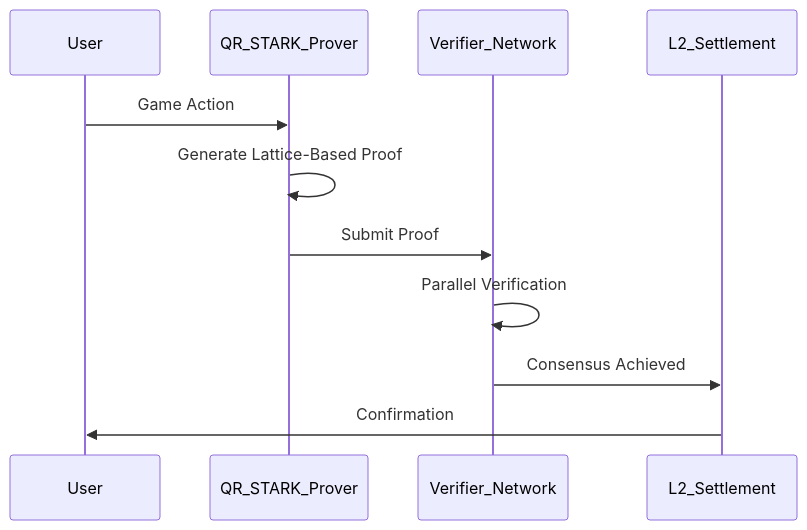
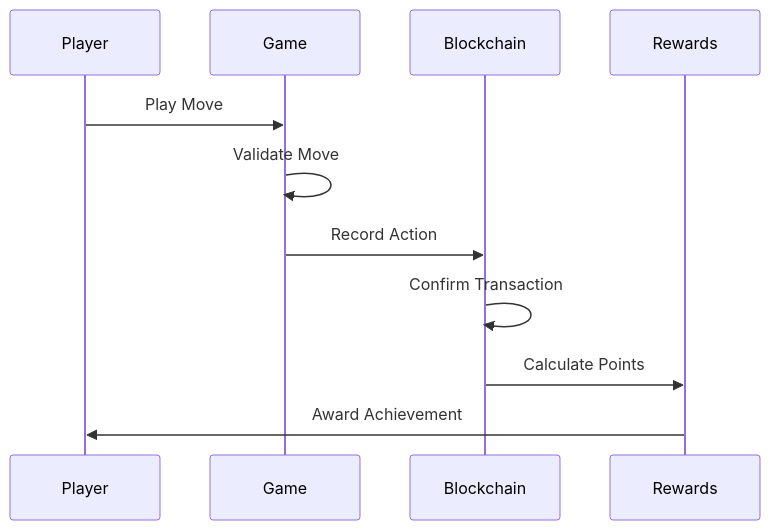
The second of 7 diagrams in README.md (Kali-Decoder/BaseArena), drawn with Mermaid before and after one commit. The commit also changed other lines of this file, not shown here.

````diff
--- a/README.md
+++ b/README.md
@@ -35,14 +35,14 @@
 ```mermaid
 sequenceDiagram
-    participant User
-    participant QR_STARK_Prover
-    participant Verifier_Network
-    participant L2_Settlement
+    participant Player
+    participant Game
+    participant Blockchain
+    participant Rewards
     
-    User->>QR_STARK_Prover: Game Action
-    QR_STARK_Prover->>QR_STARK_Prover: Generate Lattice-Based Proof
-    QR_STARK_Prover->>Verifier_Network: Submit Proof
-    Verifier_Network->>Verifier_Network: Parallel Verification
-    Verifier_Network->>L2_Settlement: Consensus Achieved
-    L2_Settlement->>User: Confirmation
+    Player->>Game: Play Move
+    Game->>Game: Validate Move
+    Game->>Blockchain: Record Action
+    Blockchain->>Blockchain: Confirm Transaction
+    Blockchain->>Rewards: Calculate Points
+    Rewards->>Player: Award Achievement
 ```
````
